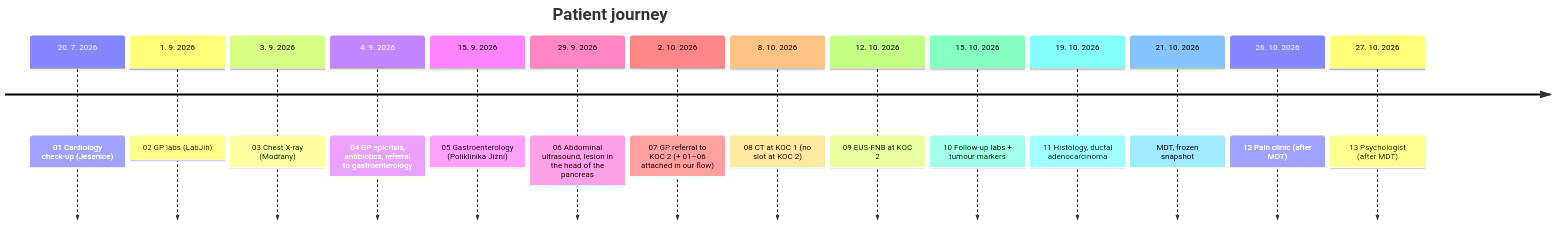
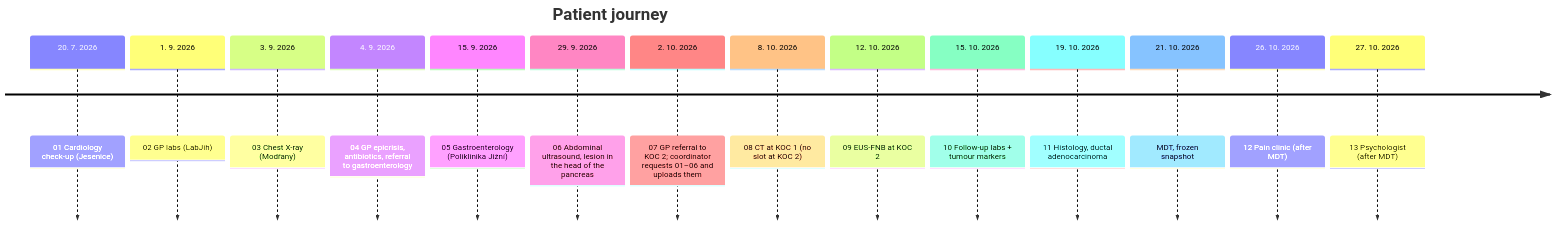
One commit to darkmackov/AI-Rackathon2026-Nessio changed the diagram in docs/reference-case.md. Above: the diagram before and after it, drawn with Mermaid. The commit also changed other lines of this file and 46 other files, not shown here.

````diff
--- a/docs/reference-case.md
+++ b/docs/reference-case.md
@@ -22,18 +22,18 @@
 ```mermaid
 timeline
   title Patient journey
   20. 7. 2026 : 01 Cardiology check-up (Jesenice)
   1. 9. 2026 : 02 GP labs (LabJih)
   3. 9. 2026 : 03 Chest X-ray (Modřany)
   4. 9. 2026 : 04 GP epicrisis, antibiotics, referral to gastroenterology
   15. 9. 2026 : 05 Gastroenterology (Poliklinika Jižní)
   29. 9. 2026 : 06 Abdominal ultrasound, lesion in the head of the pancreas
-  2. 10. 2026 : 07 GP referral to KOC 2 (+ 01–06 attached in our flow)
+  2. 10. 2026 : 07 GP referral to KOC 2; coordinator requests 01–06 and uploads them
   8. 10. 2026 : 08 CT at KOC 1 (no slot at KOC 2)
   12. 10. 2026 : 09 EUS-FNB at KOC 2
   15. 10. 2026 : 10 Follow-up labs + tumour markers
   19. 10. 2026 : 11 Histology, ductal adenocarcinoma
   21. 10. 2026 : MDT, frozen snapshot
   26. 10. 2026 : 12 Pain clinic (after MDT)
   27. 10. 2026 : 13 Psychologist (after MDT)
 ```
````
